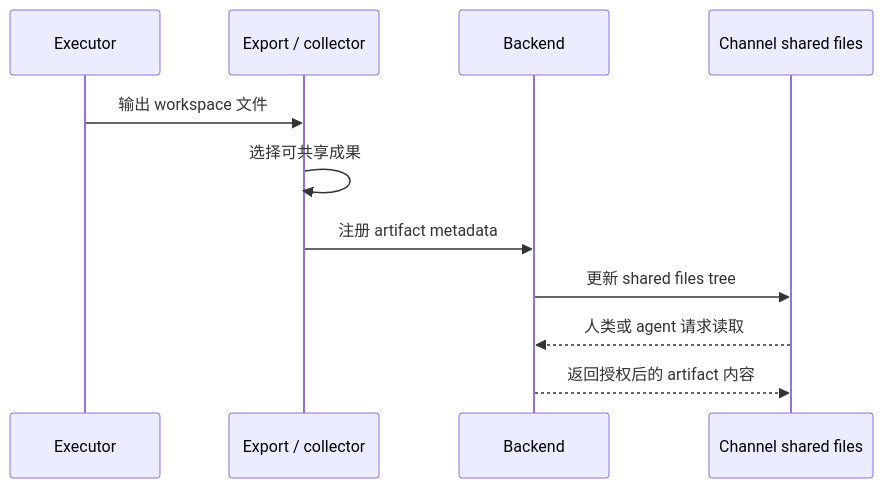
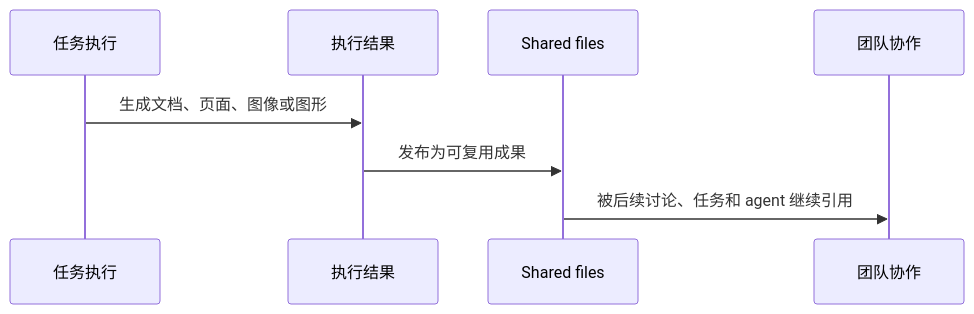
One commit to ffy6511/poco-docs-vercel changed the second of 2 diagrams in content/docs/zh/features/server-collaboration/shared-context-and-artifacts.mdx. Above: the diagram before and after it, drawn with Mermaid. The commit also changed other lines of this file and 5 other files, not shown here.

````diff
--- a/content/docs/zh/features/server-collaboration/shared-context-and-artifacts.mdx
+++ b/content/docs/zh/features/server-collaboration/shared-context-and-artifacts.mdx
@@ -30,14 +29,11 @@
 ```mermaid
 sequenceDiagram
-    participant Executor as Executor
-    participant Collector as Export / collector
-    participant Backend as Backend
-    participant Channel as Channel shared files
+    participant Task as 任务执行
+    participant Result as 执行结果
+    participant Shared as Shared files
+    participant Team as 团队协作
 
-    Executor->>Collector: 输出 workspace 文件
-    Collector->>Collector: 选择可共享成果
-    Collector->>Backend: 注册 artifact metadata
-    Backend->>Channel: 更新 shared files tree
-    Channel-->>Backend: 人类或 agent 请求读取
-    Backend-->>Channel: 返回授权后的 artifact 内容
+    Task->>Result: 生成文档、页面、图像或图形
+    Result->>Shared: 发布为可复用成果
+    Shared->>Team: 被后续讨论、任务和 agent 继续引用
 ```
````
